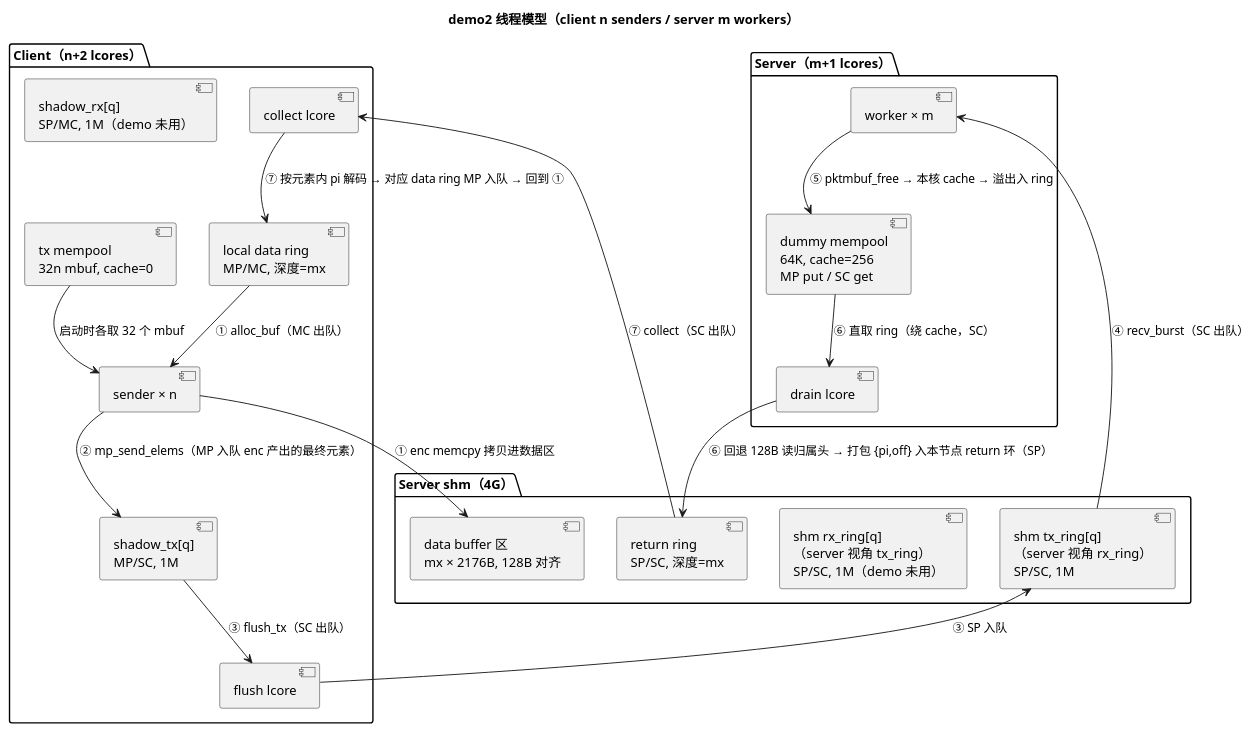
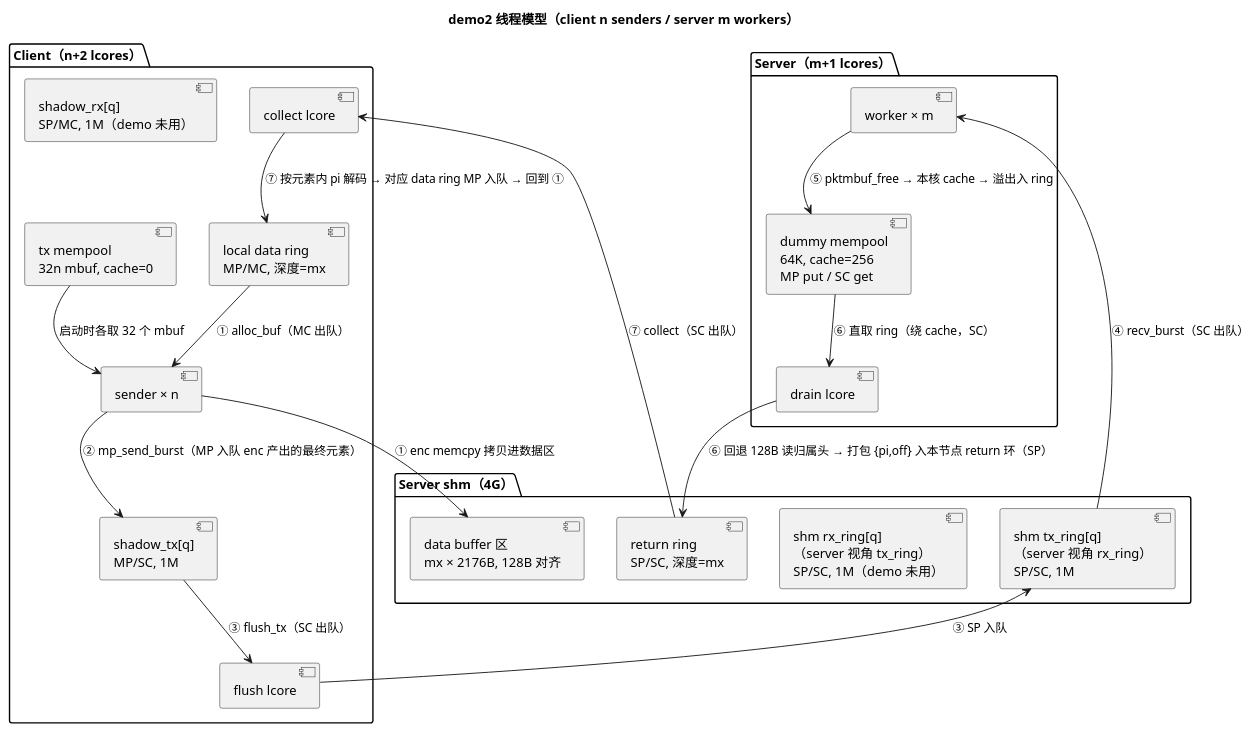
The first of 2 diagrams in demo2/ub_ring_model.md (kunpengcompute/dpdk), drawn with PlantUML before and after one commit. The commit also changed other lines of this file and 4 other files, not shown here.

````diff
--- a/demo2/ub_ring_model.md
+++ b/demo2/ub_ring_model.md
@@ -63,41 +63,41 @@
 ```plantuml
 @startuml
 title demo2 线程模型（client n senders / server m workers）
 
 package "Client（n+2 lcores）" {
   component "sender × n" as SND
   component "flush lcore" as FL
   component "collect lcore" as COL
   component "local data ring\nMP/MC, 深度=mx" as LDR
   component "shadow_tx[q]\nMP/SC, 1M" as STX
   component "shadow_rx[q]\nSP/MC, 1M（demo 未用）" as SRX
   component "tx mempool\n32n mbuf, cache=0" as TMP
 }
 
 package "Server shm（4G）" {
   component "shm tx_ring[q]\n（server 视角 rx_ring）\nSP/SC, 1M" as STXR
   component "shm rx_ring[q]\n（server 视角 tx_ring）\nSP/SC, 1M（demo 未用）" as SRXR
   component "return ring\nSP/SC, 深度=mx" as RR
   component "data buffer 区\nmx × 2176B, 128B 对齐" as DB
 }
 
 package "Server（m+1 lcores）" {
   component "worker × m" as WK
   component "drain lcore" as DRN
   component "dummy mempool\n64K, cache=256\nMP put / SC get" as DUM
 }
 
 TMP --> SND : 启动时各取 32 个 mbuf
 LDR --> SND : ① alloc_buf（MC 出队）
 SND --> DB : ① enc memcpy 拷贝进数据区
-SND --> STX : ② mp_send_elems（MP 入队 enc 产出的最终元素）
+SND --> STX : ② mp_send_burst（MP 入队 enc 产出的最终元素）
 STX --> FL : ③ flush_tx（SC 出队）
 FL --> STXR : ③ SP 入队
 STXR --> WK : ④ recv_burst（SC 出队）
 WK --> DUM : ⑤ pktmbuf_free → 本核 cache → 溢出入 ring
 DUM --> DRN : ⑥ 直取 ring（绕 cache，SC）
 DRN --> RR : ⑥ 回退 128B 读归属头 → 打包 {pi,off} 入本节点 return 环（SP）
 RR --> COL : ⑦ collect（SC 出队）
 COL --> LDR : ⑦ 按元素内 pi 解码 → 对应 data ring MP 入队 → 回到 ①
 @enduml
 ```
````
